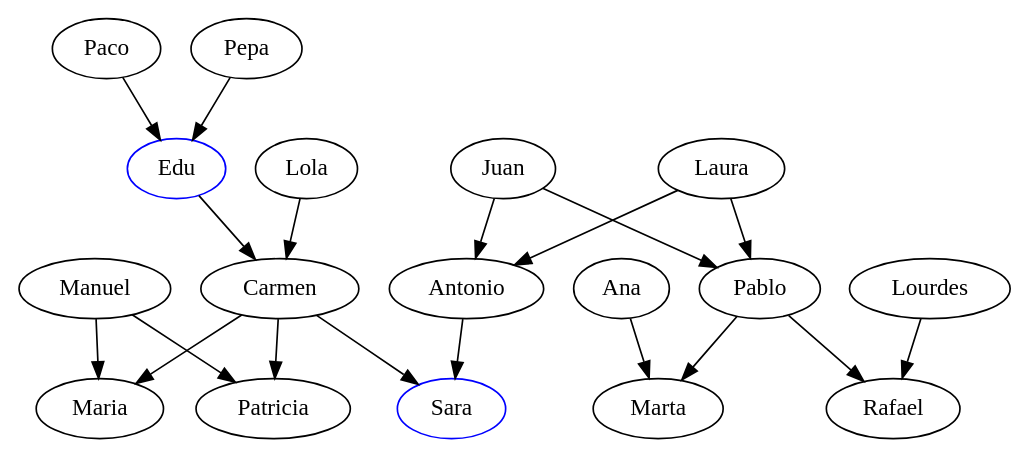
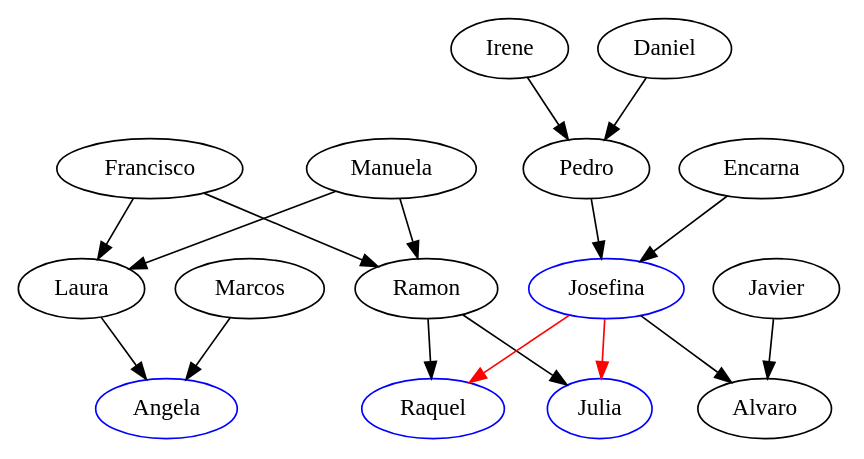
The diagram in resultados/ejercicio1/apartadoAFicheroB.gv (yisuscc/PI3_jescarcar5), drawn with Graphviz before and after one commit. The commit also changed 2 other files, not shown here.

```diff
--- a/resultados/ejercicio1/apartadoAFicheroB.gv
+++ b/resultados/ejercicio1/apartadoAFicheroB.gv
@@ -1,37 +1,33 @@
 strict digraph G {
-  1 [ label="Paco" ];
-  2 [ label="Pepa" ];
-  3 [ color="blue" label="Edu" ];
-  4 [ label="Lola" ];
-  5 [ label="Juan" ];
-  6 [ label="Laura" ];
-  7 [ label="Manuel" ];
-  8 [ label="Carmen" ];
-  9 [ label="Antonio" ];
-  10 [ label="Pablo" ];
-  11 [ label="Ana" ];
-  12 [ label="Patricia" ];
-  13 [ label="Maria" ];
-  14 [ color="blue" label="Sara" ];
-  15 [ label="Marta" ];
-  16 [ label="Rafael" ];
-  17 [ label="Lourdes" ];
+  1 [ label="Francisco" ];
+  2 [ label="Manuela" ];
+  3 [ label="Laura" ];
+  4 [ label="Ramon" ];
+  5 [ label="Marcos" ];
+  6 [ color="blue" label="Angela" ];
+  7 [ label="Irene" ];
+  8 [ label="Daniel" ];
+  9 [ label="Pedro" ];
+  10 [ label="Encarna" ];
+  11 [ color="blue" label="Josefina" ];
+  12 [ label="Javier" ];
+  13 [ color="blue" label="Raquel" ];
+  14 [ color="blue" label="Julia" ];
+  15 [ label="Alvaro" ];
   1 -> 3 [ ];
   2 -> 3 [ ];
-  3 -> 8 [ ];
-  4 -> 8 [ ];
-  5 -> 9 [ ];
-  5 -> 10 [ ];
-  6 -> 9 [ ];
-  6 -> 10 [ ];
-  7 -> 13 [ ];
-  8 -> 13 [ ];
-  7 -> 12 [ ];
-  8 -> 12 [ ];
-  8 -> 14 [ ];
-  9 -> 14 [ ];
-  10 -> 15 [ ];
+  3 -> 6 [ ];
+  5 -> 6 [ ];
+  1 -> 4 [ ];
+  2 -> 4 [ ];
+  7 -> 9 [ ];
+  8 -> 9 [ ];
+  9 -> 11 [ ];
+  10 -> 11 [ ];
+  11 -> 13 [ color="red" ];
+  11 -> 14 [ color="red" ];
+  4 -> 13 [ ];
+  4 -> 14 [ ];
   11 -> 15 [ ];
-  10 -> 16 [ ];
-  17 -> 16 [ ];
+  12 -> 15 [ ];
 }
```
